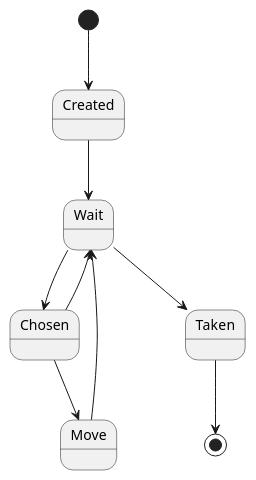
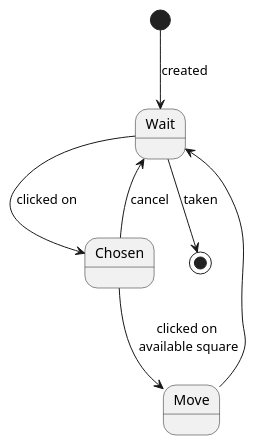
Before and after one commit to hoanglt1223/SET2021: the diagram in nhom_3/UML/StateMachine/Queen.plantuml, drawn with PlantUML. The commit also changed 5 other files, not shown here.

Commit message:
nhom_3 | update UML

```diff
--- a/nhom_3/UML/StateMachine/Queen.plantuml
+++ b/nhom_3/UML/StateMachine/Queen.plantuml
@@ -1,10 +1,8 @@
 @startuml Queen
-[*] --> Created
-Created --> Wait
-Wait --> Chosen
-Chosen --> Move
-Chosen --> Wait
+[*] --> Wait : created
+Wait --> Chosen : clicked on
+Chosen --> Move : clicked on\n available square 
+Chosen --> Wait : cancel
 Move --> Wait
-Wait --> Taken
-Taken --> [*]
+Wait --> [*] : taken
 @enduml
```
